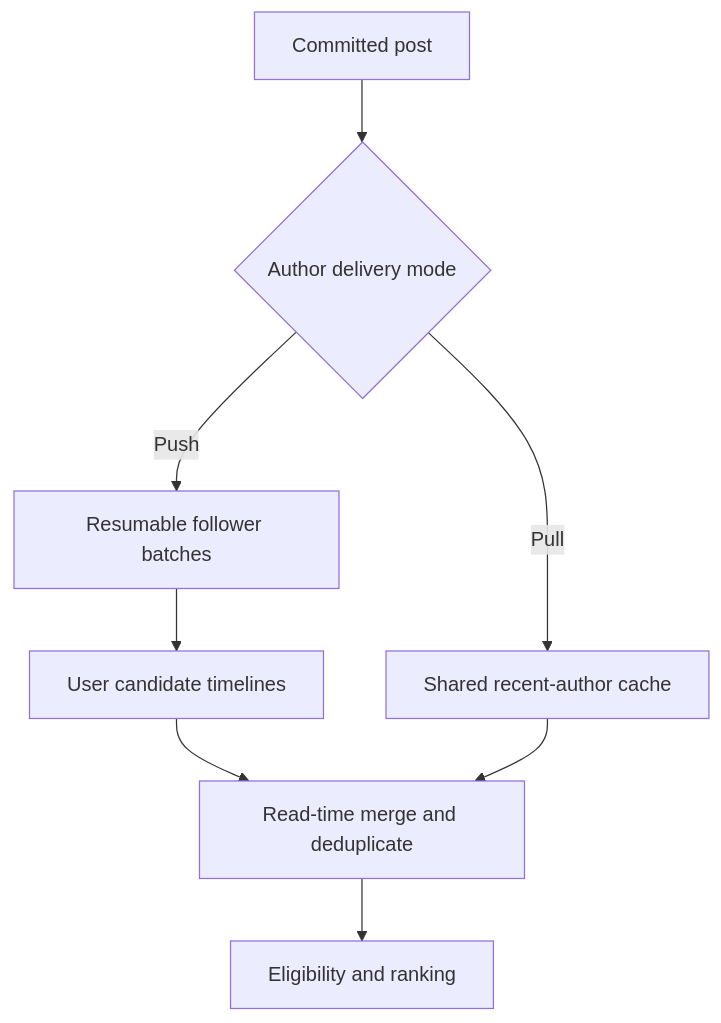
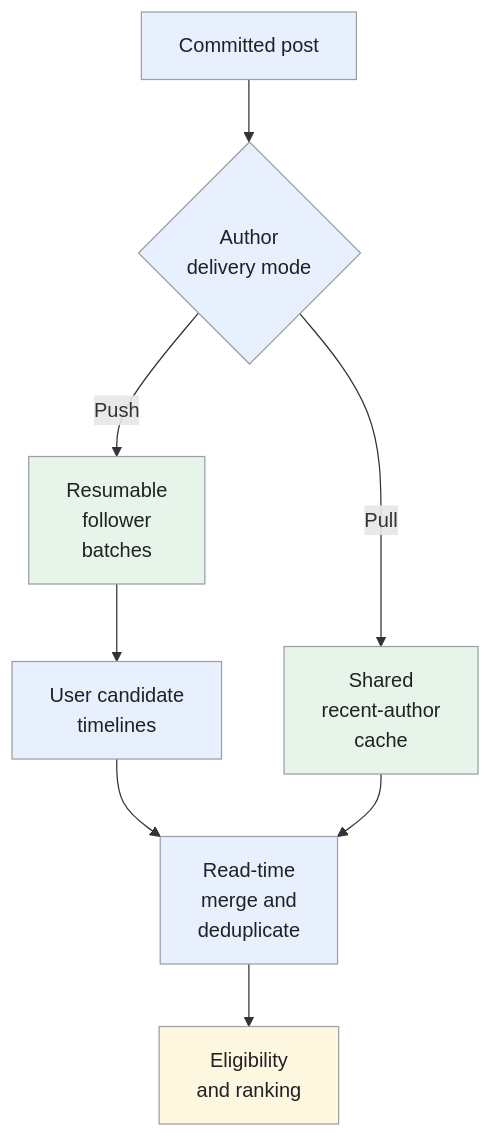
The fourth of 6 diagrams in _designs/system-design-news-feed.md (iliazlobin/iliazlobin.github.io), drawn with Mermaid before and after one commit. The commit also changed other lines of this file and 131 other files, not shown here.

````diff
--- a/_designs/system-design-news-feed.md
+++ b/_designs/system-design-news-feed.md
@@ -254,10 +320,16 @@
 ```mermaid
 flowchart TB
-  P["Committed post"] --> C{"Author delivery mode"}
-  C -->|"Push"| B["Resumable follower batches"]
-  B --> T["User candidate timelines"]
-  C -->|"Pull"| A["Shared recent-author cache"]
-  T --> M["Read-time merge and deduplicate"]
+  P["Committed post"] --> C{"Author<br>delivery mode"}
+  C -->|"Push"| B["Resumable<br>follower<br>batches"]
+  B --> T["User candidate<br>timelines"]
+  C -->|"Pull"| A["Shared<br>recent-author<br>cache"]
+  T --> M["Read-time<br>merge and<br>deduplicate"]
   A --> M
-  M --> R["Eligibility and ranking"]
+  M --> R["Eligibility<br>and ranking"]
+  classDef request fill:#e8f0fe,stroke:#9aa0a6,color:#202124,stroke-width:1px
+  classDef background fill:#e6f4ea,stroke:#9aa0a6,color:#202124,stroke-width:1px
+  classDef control fill:#fef7e0,stroke:#9aa0a6,color:#202124,stroke-width:1px
+  class P,C,T,M request
+  class B,A background
+  class R control
 ```
````
